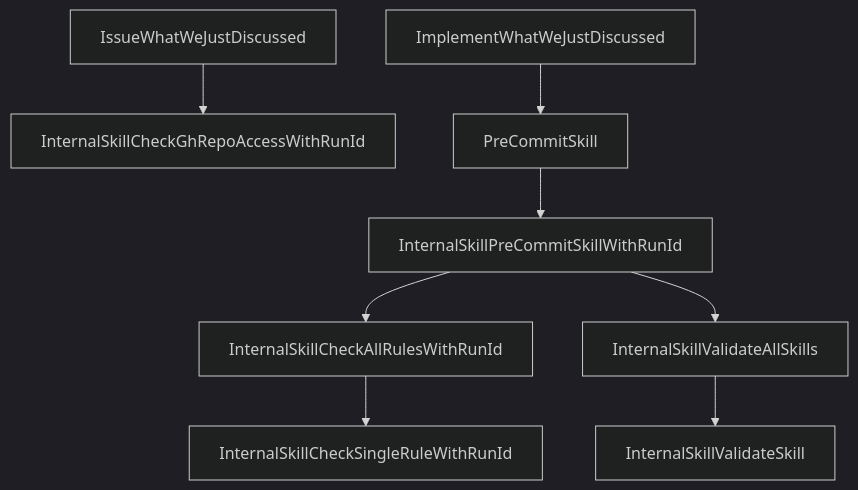
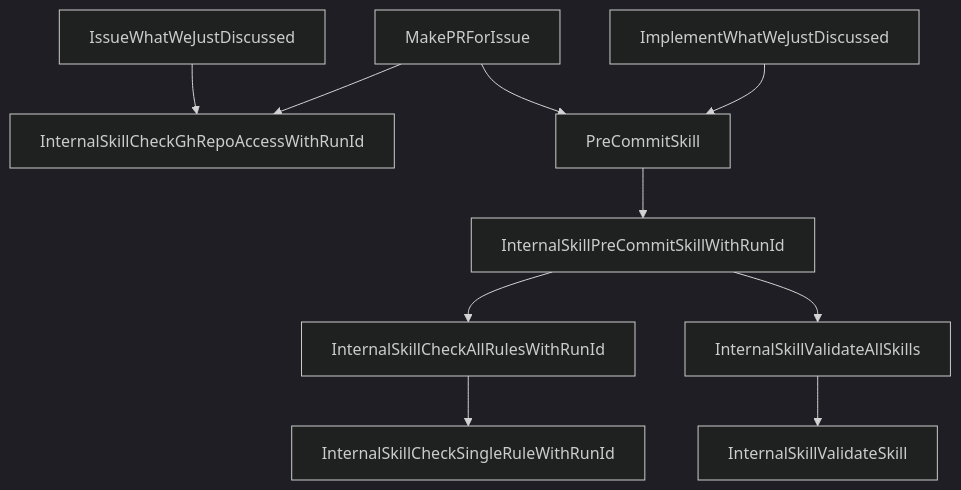
One commit to dkorolev/theloop changed the diagram in .theloop/VIZ.md. Above: the diagram before and after it, drawn with Mermaid (dark theme). The commit also changed other lines of this file and 9 other files, not shown here.

First line of the commit message:
Add MakePRForIssue skill to implement issues as pull requests.

````diff
--- a/.theloop/VIZ.md
+++ b/.theloop/VIZ.md
@@ -35,11 +38,13 @@
 ```mermaid
 graph TD
     InternalSkillCheckGhRepoAccessWithRunId["InternalSkillCheckGhRepoAccessWithRunId"]
     IssueWhatWeJustDiscussed["IssueWhatWeJustDiscussed"] --> InternalSkillCheckGhRepoAccessWithRunId
+    MakePRForIssue["MakePRForIssue"] --> InternalSkillCheckGhRepoAccessWithRunId
+    MakePRForIssue --> PreCommitSkill["PreCommitSkill"]
     ImplementWhatWeJustDiscussed["ImplementWhatWeJustDiscussed"] --> PreCommitSkill["PreCommitSkill"]
     PreCommitSkill --> InternalSkillPreCommitSkillWithRunId["InternalSkillPreCommitSkillWithRunId"]
     InternalSkillPreCommitSkillWithRunId --> InternalSkillCheckAllRulesWithRunId["InternalSkillCheckAllRulesWithRunId"]
     InternalSkillPreCommitSkillWithRunId --> InternalSkillValidateAllSkills["InternalSkillValidateAllSkills"]
     InternalSkillCheckAllRulesWithRunId --> InternalSkillCheckSingleRuleWithRunId["InternalSkillCheckSingleRuleWithRunId"]
     InternalSkillValidateAllSkills --> InternalSkillValidateSkill["InternalSkillValidateSkill"]
 ```
````
